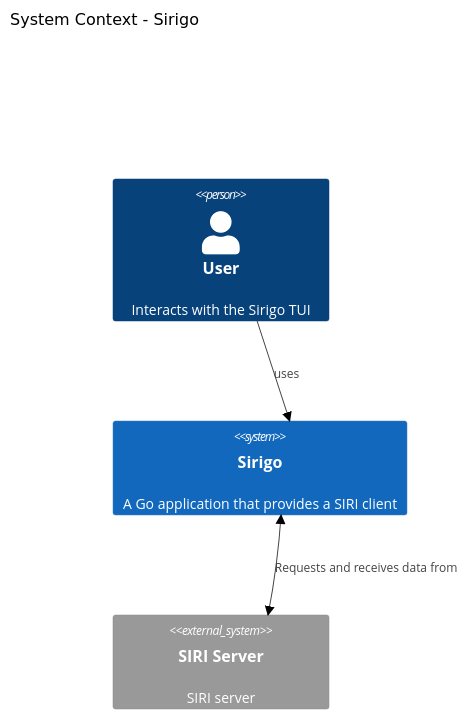
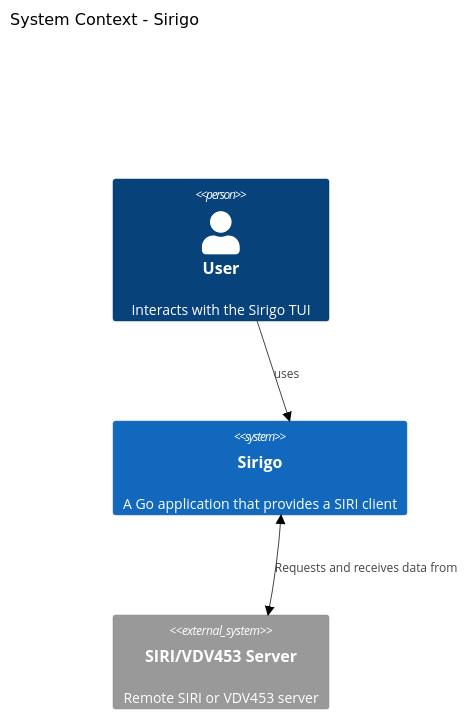
The first of 2 diagrams in docs/README.md (mszalbach/sirigo), drawn with Mermaid (forest theme) before and after one commit. The commit also changed other lines of this file, not shown here.

Commit message:
Made c4 container diagram

````diff
--- a/docs/README.md
+++ b/docs/README.md
@@ -7,12 +7,12 @@
 ```mermaid
 C4Context
     title System Context - Sirigo
     Person(user, "User", "Interacts with the Sirigo TUI")
     System(sirigo, "Sirigo", "A Go application that provides a SIRI client")
-    System_Ext(siri_service, "SIRI Server", "SIRI server")
+    System_Ext(siriServer, "SIRI/VDV453 Server", "Remote SIRI or VDV453 server")
     
     Rel(user, sirigo, "uses")
-    BiRel(sirigo, siri_service, "Requests and receives data from")
+    BiRel(sirigo, siriServer, "Requests and receives data from")
 
     UpdateLayoutConfig($c4ShapeInRow="1", $c4BoundaryInRow="1")
 ```
````
